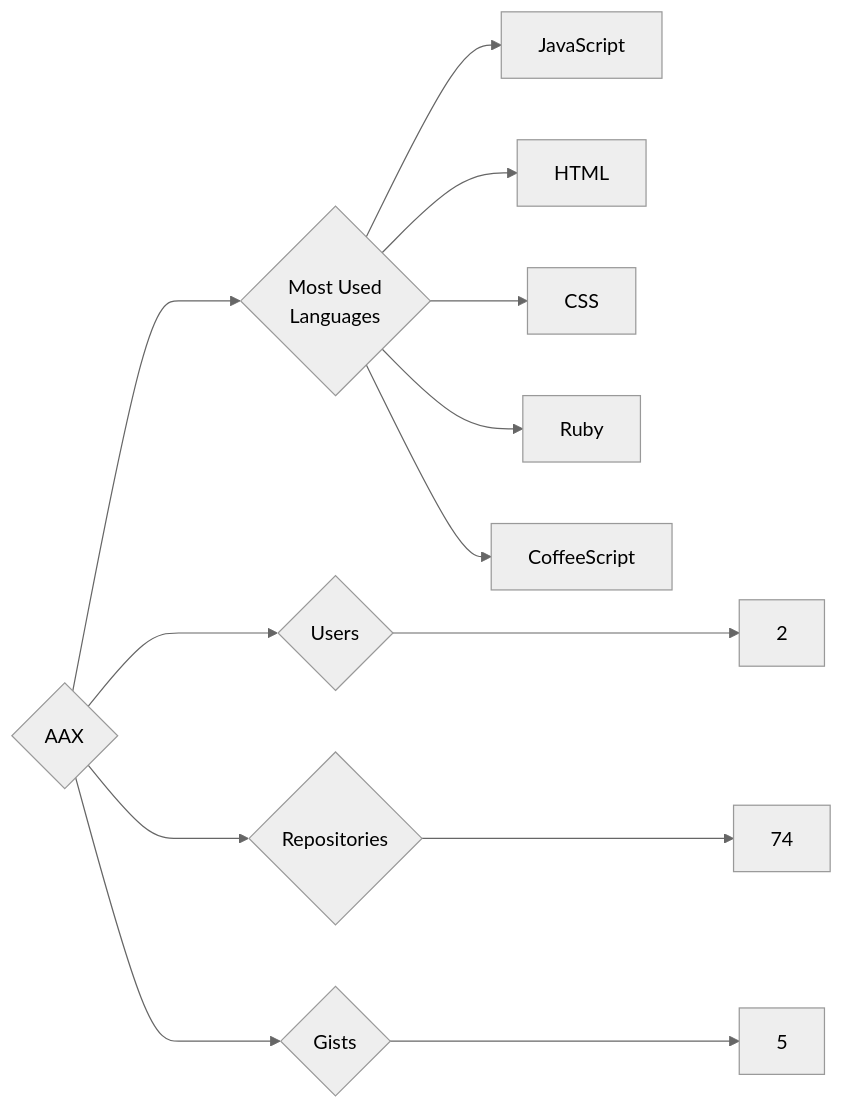
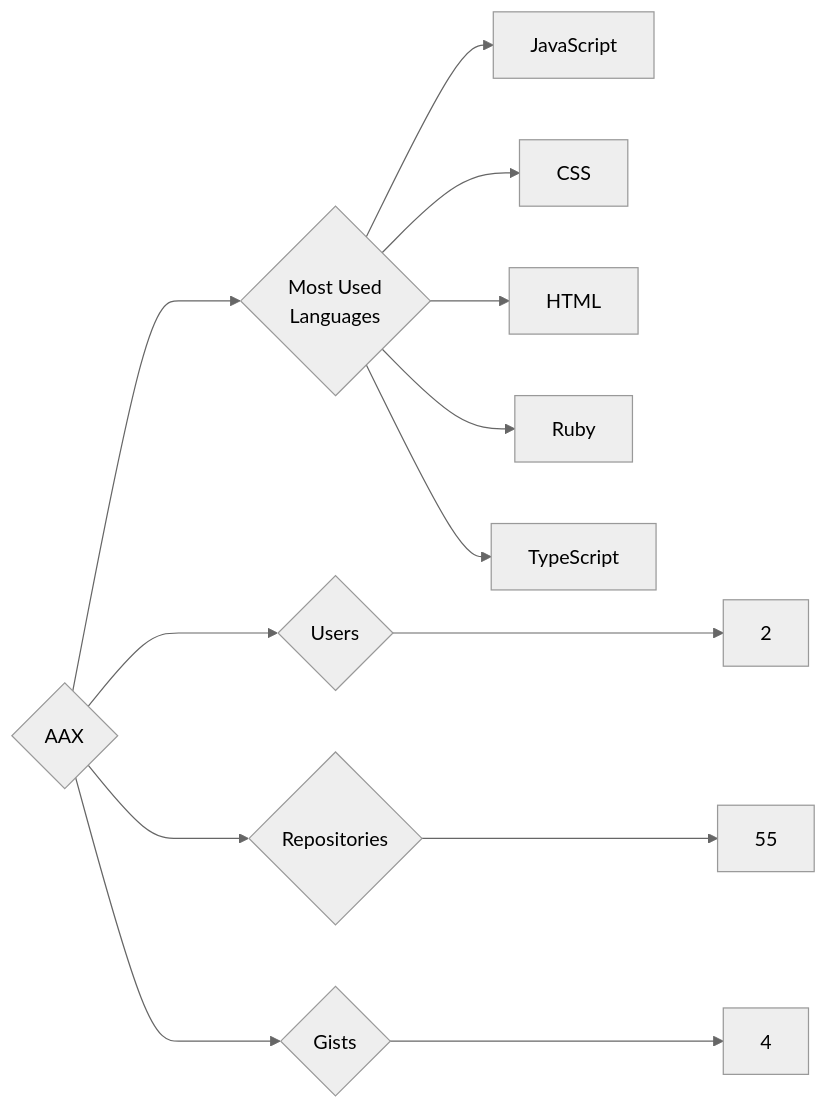
Before and after one commit to trickest/insiders: the diagram in targets/AAX/README.md, drawn with Mermaid (neutral theme). The commit also changed 988 other files, not shown here.

````diff
--- a/targets/AAX/README.md
+++ b/targets/AAX/README.md
@@ -3,13 +3,13 @@
 ```mermaid
 graph LR
 COMPANY_NAME{AAX}
 COMPANY_NAME ---> U{Users} ---> UN[2]
-COMPANY_NAME ---> R{Repositories} ---> RN[74]
-COMPANY_NAME ---> G{Gists} ---> GN[5]
+COMPANY_NAME ---> R{Repositories} ---> RN[55]
+COMPANY_NAME ---> G{Gists} ---> GN[4]
 COMPANY_NAME ---> ML{Most Used<br>Languages}
 ML --> JavaScript[JavaScript]
+ML --> CSS[CSS]
 ML --> HTML[HTML]
-ML --> CSS[CSS]
 ML --> Ruby[Ruby]
-ML --> CoffeeScript[CoffeeScript]
+ML --> TypeScript[TypeScript]
 ```
````
